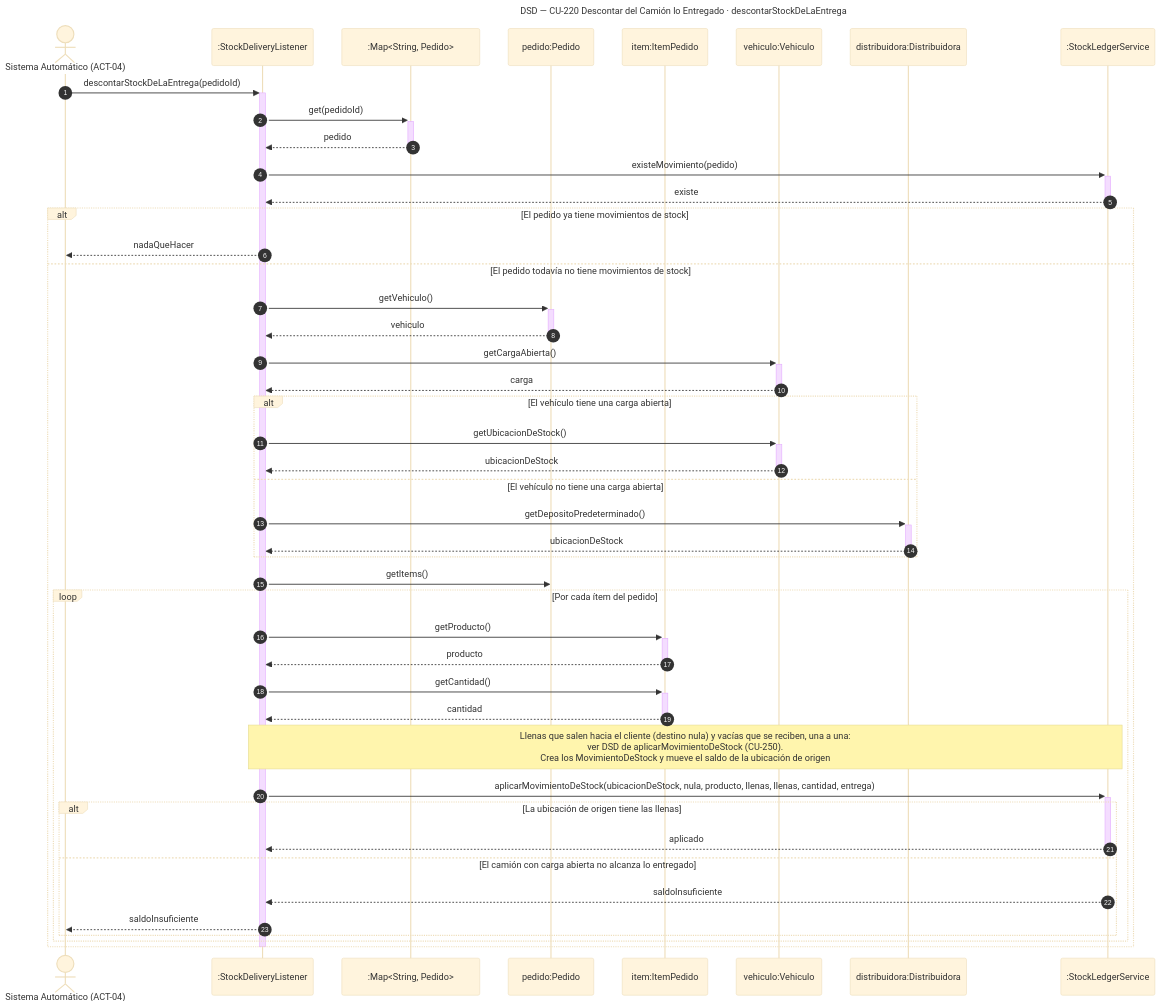
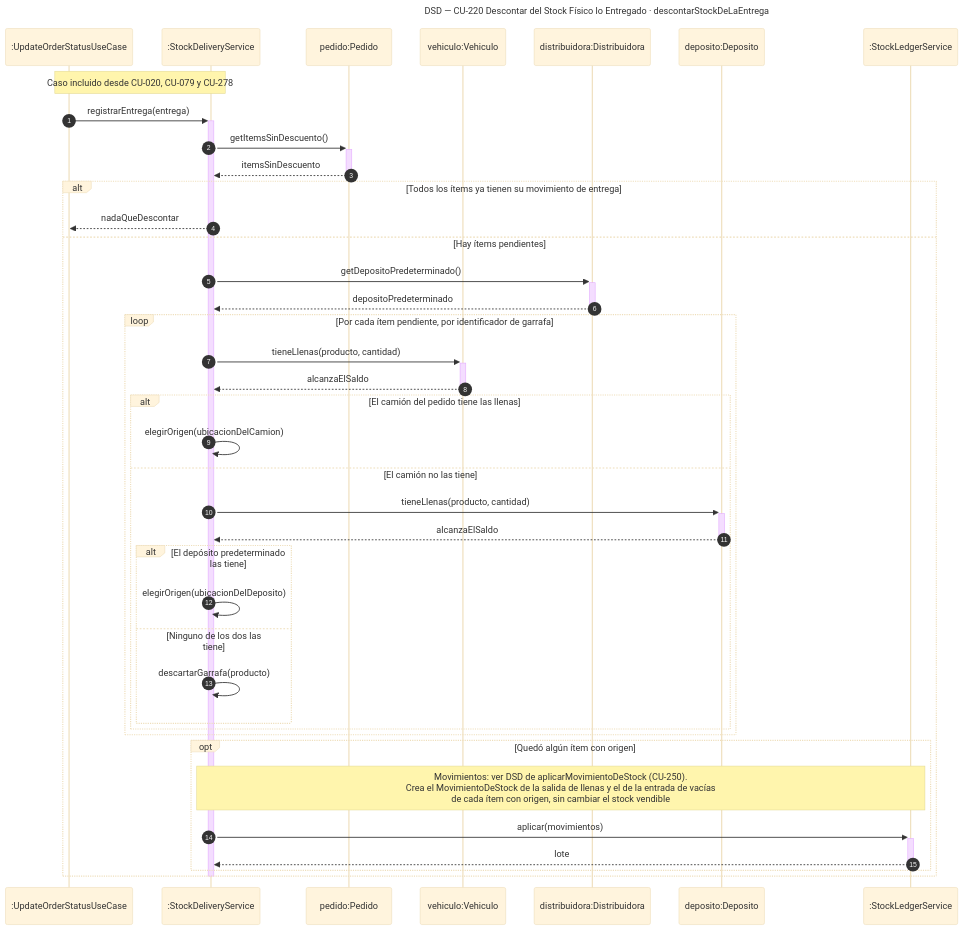
Before and after one commit to Nahuelito-Dev/splg-docs: the diagram in diagramas/DSD_CU-220_descontarStockDeLaEntrega.mmd, drawn with Mermaid (base theme). The commit also changed 298 other files, not shown here.

Commit message:
docs(stock): stock físico con un CU por operación (CUA, CUE, DSS, DSD y contratos), modelo conceptual, DER y clases al día

```diff
--- a/diagramas/DSD_CU-220_descontarStockDeLaEntrega.mmd
+++ b/diagramas/DSD_CU-220_descontarStockDeLaEntrega.mmd
@@ -1,48 +1,42 @@
 sequenceDiagram
-    title DSD — CU-220 Descontar del Camión lo Entregado · descontarStockDeLaEntrega
+    title DSD — CU-220 Descontar del Stock Físico lo Entregado · descontarStockDeLaEntrega
     autonumber
-    actor SIS as Sistema Automático (ACT-04)
-    participant LST as :StockDeliveryListener
-    participant COL as :Map#lt;String, Pedido#gt;
+    participant CTL as :UpdateOrderStatusUseCase
+    participant ENT as :StockDeliveryService
     participant PED as pedido:Pedido
-    participant ITP as item:ItemPedido
     participant VEH as vehiculo:Vehiculo
     participant DIS as distribuidora:Distribuidora
+    participant DEP as deposito:Deposito
     participant LED as :StockLedgerService
 
-    SIS->>+LST: descontarStockDeLaEntrega(pedidoId)
-    LST->>+COL: get(pedidoId)
-    COL-->>-LST: pedido
-    LST->>+LED: existeMovimiento(pedido)
-    LED-->>-LST: existe
-    alt El pedido ya tiene movimientos de stock
-        LST-->>SIS: nadaQueHacer
-    else El pedido todavía no tiene movimientos de stock
-        LST->>+PED: getVehiculo()
-        PED-->>-LST: vehiculo
-        LST->>+VEH: getCargaAbierta()
-        VEH-->>-LST: carga
-        alt El vehículo tiene una carga abierta
-            LST->>+VEH: getUbicacionDeStock()
-            VEH-->>-LST: ubicacionDeStock
-        else El vehículo no tiene una carga abierta
-            LST->>+DIS: getDepositoPredeterminado()
-            DIS-->>-LST: ubicacionDeStock
-        end
-        LST->>PED: getItems()
-        loop Por cada ítem del pedido
-            LST->>+ITP: getProducto()
-            ITP-->>-LST: producto
-            LST->>+ITP: getCantidad()
-            ITP-->>-LST: cantidad
-            Note over LST,LED: Llenas que salen hacia el cliente (destino nula) y vacías que se reciben, una a una:<br/>ver DSD de aplicarMovimientoDeStock (CU-250).<br/>Crea los MovimientoDeStock y mueve el saldo de la ubicación de origen
-            LST->>+LED: aplicarMovimientoDeStock(ubicacionDeStock, nula, producto, llenas, llenas, cantidad, entrega)
-            alt La ubicación de origen tiene las llenas
-                LED-->>-LST: aplicado
-            else El camión con carga abierta no alcanza lo entregado
-                LED-->>LST: saldoInsuficiente
-                LST-->>SIS: saldoInsuficiente
+    Note over CTL,ENT: Caso incluido desde CU-020, CU-079 y CU-278
+    CTL->>+ENT: registrarEntrega(entrega)
+    ENT->>+PED: getItemsSinDescuento()
+    PED-->>-ENT: itemsSinDescuento
+    alt Todos los ítems ya tienen su movimiento de entrega
+        ENT-->>CTL: nadaQueDescontar
+    else Hay ítems pendientes
+        ENT->>+DIS: getDepositoPredeterminado()
+        DIS-->>-ENT: depositoPredeterminado
+        loop Por cada ítem pendiente, por identificador de garrafa
+            ENT->>+VEH: tieneLlenas(producto, cantidad)
+            VEH-->>-ENT: alcanzaElSaldo
+            alt El camión del pedido tiene las llenas
+                ENT->>ENT: elegirOrigen(ubicacionDelCamion)
+            else El camión no las tiene
+                ENT->>+DEP: tieneLlenas(producto, cantidad)
+                DEP-->>-ENT: alcanzaElSaldo
+                alt El depósito predeterminado las tiene
+                    ENT->>ENT: elegirOrigen(ubicacionDelDeposito)
+                else Ninguno de los dos las tiene
+                    ENT->>ENT: descartarGarrafa(producto)
+                end
             end
         end
+        opt Quedó algún ítem con origen
+            Note over ENT,LED: Movimientos: ver DSD de aplicarMovimientoDeStock (CU-250).<br/>Crea el MovimientoDeStock de la salida de llenas y el de la entrada de vacías<br/>de cada ítem con origen, sin cambiar el stock vendible
+            ENT->>+LED: aplicar(movimientos)
+            LED-->>-ENT: lote
+        end
     end
-    deactivate LST
+    deactivate ENT
```
